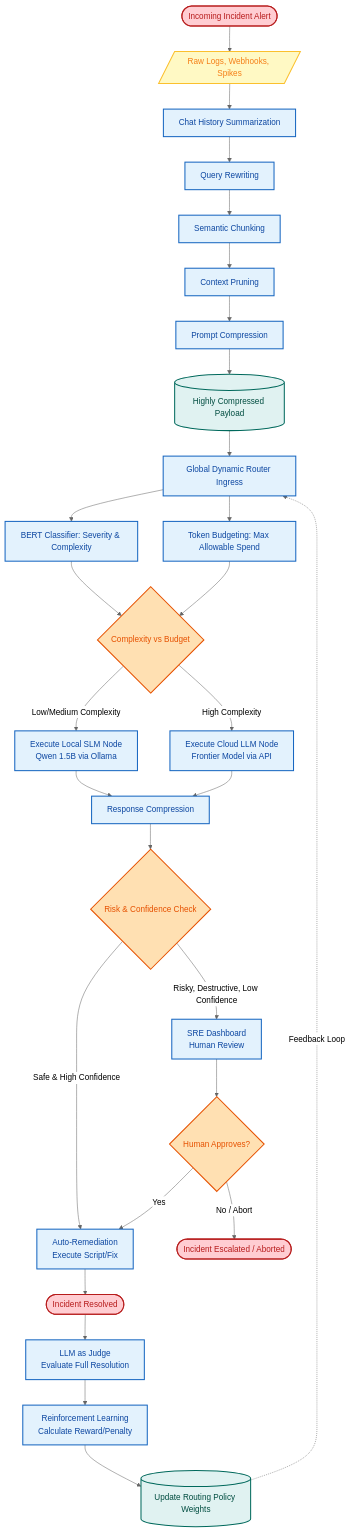
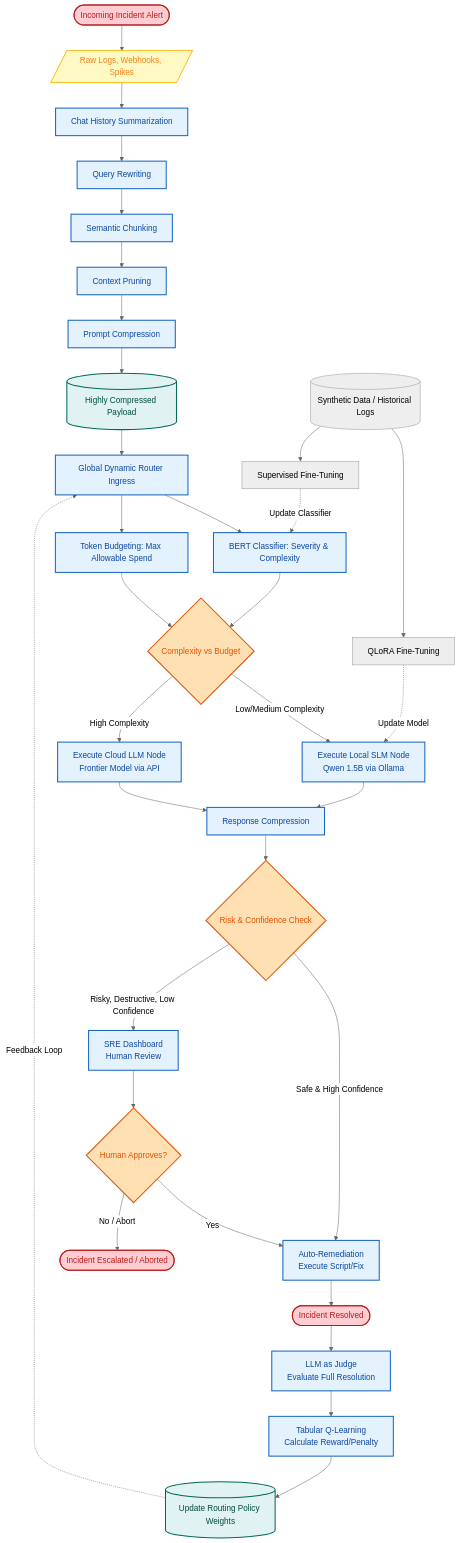
One commit to anand-esc/tokenawarearch changed the second of 2 diagrams in README.md. Above: the diagram before and after it, drawn with Mermaid (neutral theme). The commit also changed other lines of this file, not shown here.

Commit message:
docs: add Phase 5 Continuous Training methodology and update Mermaid flowcharts

```diff
--- a/README.md
+++ b/README.md
@@ -164,8 +179,13 @@
     
     %% Phase 4
     Judge[LLM as Judge<br/>Evaluate Full Resolution]
-    RL[Reinforcement Learning<br/>Calculate Reward/Penalty]
+    RL[Tabular Q-Learning<br/>Calculate Reward/Penalty]
     UpdateWeights[(Update Routing Policy Weights)]
+
+    %% Phase 5
+    SyncData[(Synthetic Data / Historical Logs)]
+    QLoRA[QLoRA Fine-Tuning]
+    BertTune[Supervised Fine-Tuning]
 
     %% Flow Connections
     Start --> InputData
@@ -204,6 +224,12 @@
     RL --> UpdateWeights
     UpdateWeights -.->|Feedback Loop| RouterProcess
 
+    %% Phase 5 Connections
+    SyncData --> QLoRA
+    SyncData --> BertTune
+    QLoRA -.->|Update Model| LocalNode
+    BertTune -.->|Update Classifier| Classifier
+
     %% Styling
     classDef startend fill:#ffcdd2,stroke:#b71c1c,stroke-width:2px,color:#b71c1c
     classDef inputdata fill:#fff9c4,stroke:#fbc02d,stroke-width:2px,color:#f57f17
```
